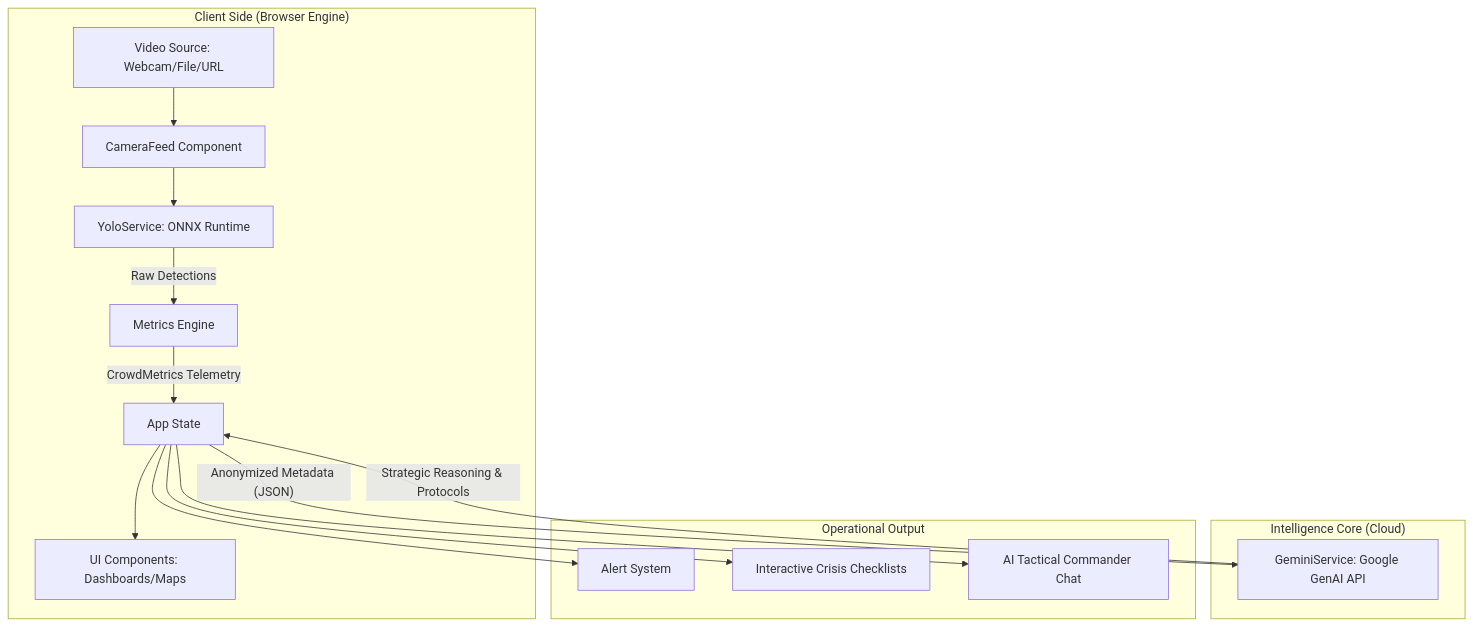
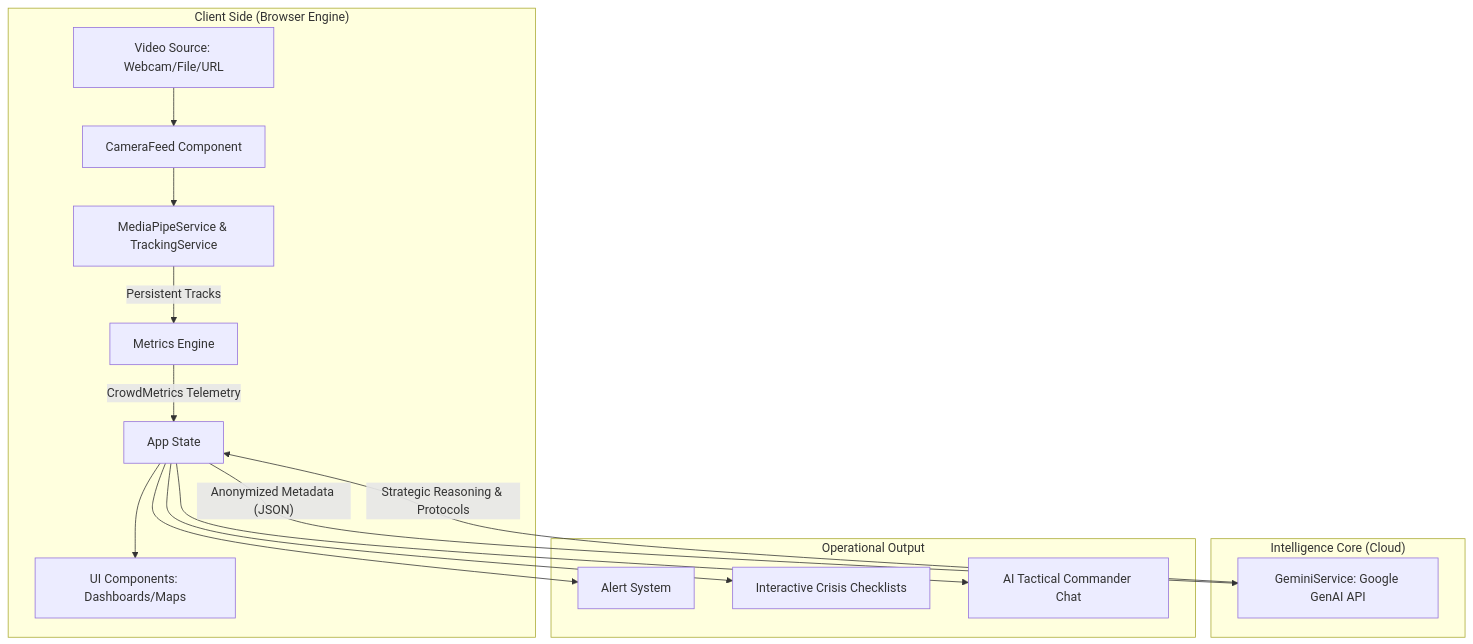
The first of 2 diagrams in README.md (darknecrocities/GeminiHackathon-Crowdsense-), drawn with Mermaid before and after one commit. The commit also changed other lines of this file and 18 other files, not shown here.

````diff
--- a/README.md
+++ b/README.md
@@ -63,21 +64,21 @@
 ```mermaid
 graph TD
     subgraph "Client Side (Browser Engine)"
         A[Video Source: Webcam/File/URL] --> B[CameraFeed Component]
-        B --> C[YoloService: ONNX Runtime]
-        C -- "Raw Detections" --> D[Metrics Engine]
+        B --> C[MediaPipeService & TrackingService]
+        C -- "Persistent Tracks" --> D[Metrics Engine]
         D -- "CrowdMetrics Telemetry" --> E[App State]
         E --> F[UI Components: Dashboards/Maps]
     end
 
     subgraph "Intelligence Core (Cloud)"
         E -- "Anonymized Metadata (JSON)" --> G[GeminiService: Google GenAI API]
         G -- "Strategic Reasoning & Protocols" --> E
     end
 
     subgraph "Operational Output"
         E --> H[Alert System]
         E --> I[Interactive Crisis Checklists]
         E --> J[AI Tactical Commander Chat]
     end
 ```
````
